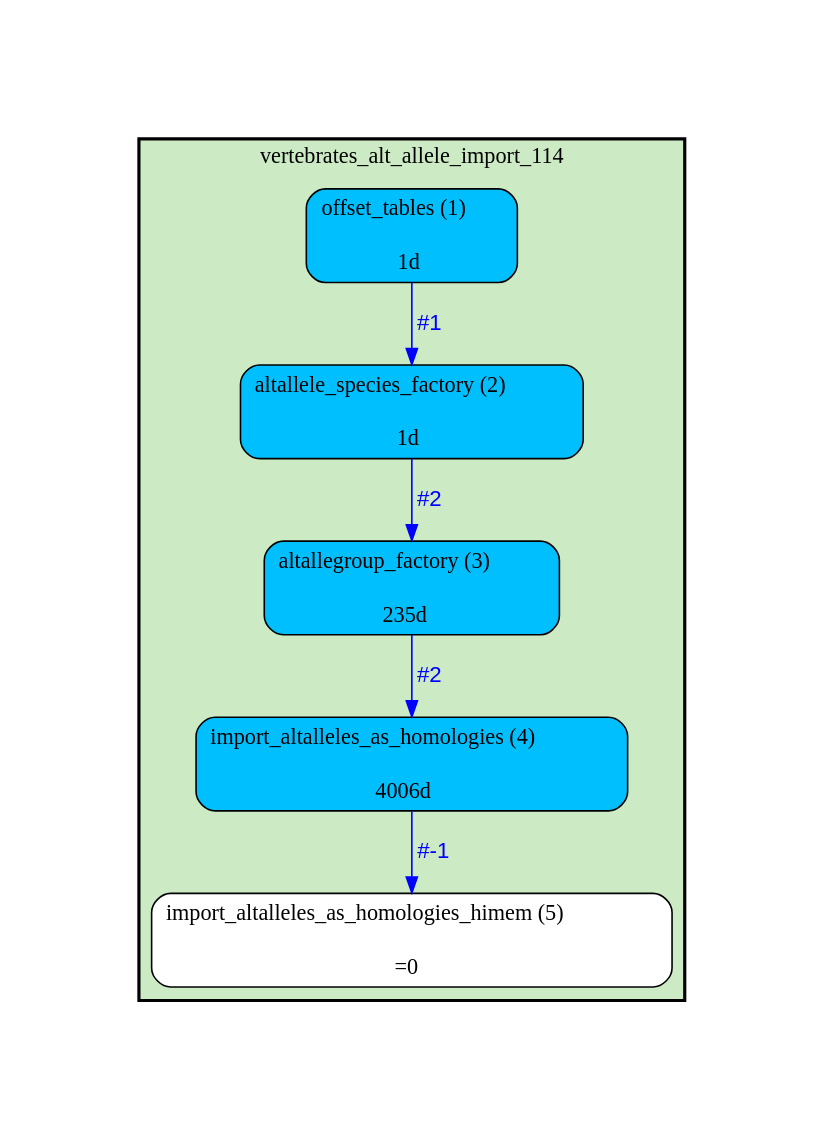
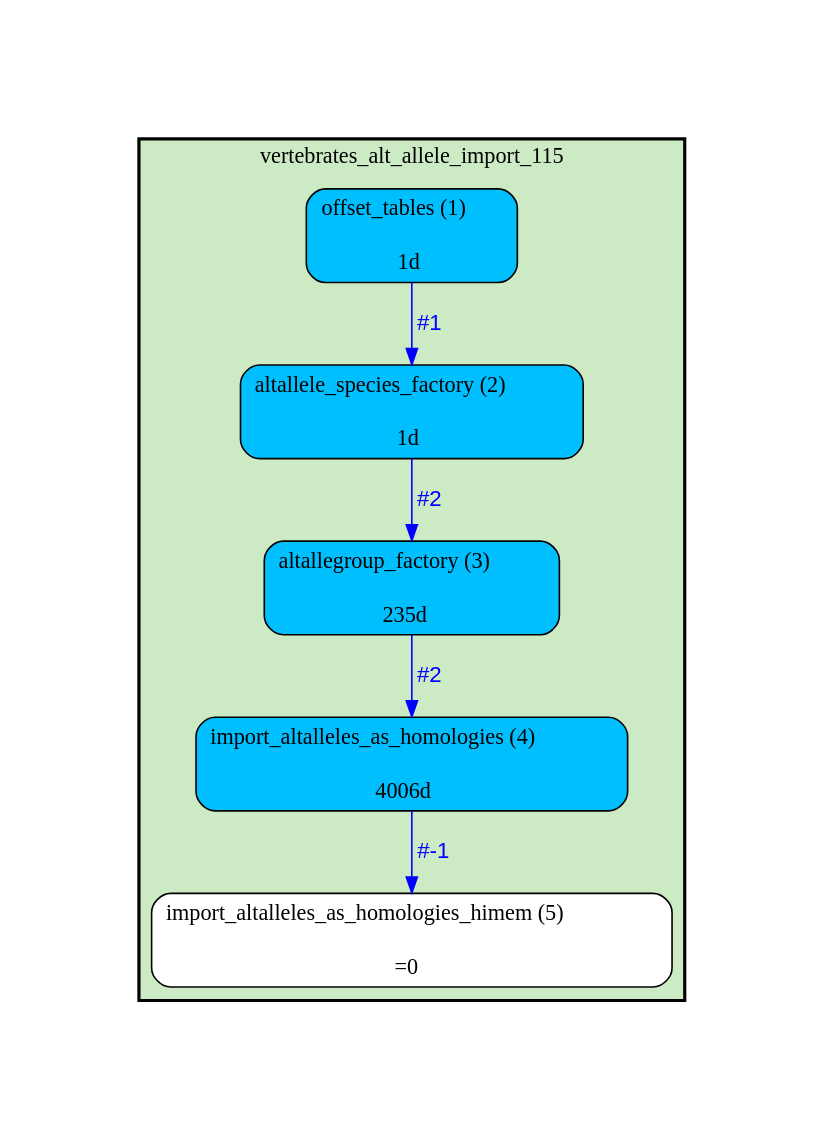
Before and after one commit to Ensembl/ensembl-compara: the diagram in docs/production/diagrams/HomologyProjections.gv, drawn with Graphviz. The commit also changed 5 other files, not shown here.

```diff
--- a/docs/production/diagrams/HomologyProjections.gv
+++ b/docs/production/diagrams/HomologyProjections.gv
@@ -1,25 +1,25 @@
 digraph test {
 	ratio="compress"; concentrate = "true"; name = "AnalysisWorkflow"; pad = "1.0";
 	analysis_altallegroup_factory [fillcolor="DeepSkyBlue", fontname="Times-Roman", label=<<table border="0" cellborder="0" cellspacing="0" cellpadding="1"><tr><td colspan="1">altallegroup_factory (3)</td></tr><tr><td colspan="1"> </td></tr><tr><td bgcolor="DeepSkyBlue" width="100%">235d</td></tr></table>>, shape="Mrecord", style="filled"];
 	analysis_altallele_species_factory [fillcolor="DeepSkyBlue", fontname="Times-Roman", label=<<table border="0" cellborder="0" cellspacing="0" cellpadding="1"><tr><td colspan="1">altallele_species_factory (2)</td></tr><tr><td colspan="1"> </td></tr><tr><td bgcolor="DeepSkyBlue" width="100%">1d</td></tr></table>>, shape="Mrecord", style="filled"];
 	analysis_import_altalleles_as_homologies [fillcolor="DeepSkyBlue", fontname="Times-Roman", label=<<table border="0" cellborder="0" cellspacing="0" cellpadding="1"><tr><td colspan="1">import_altalleles_as_homologies (4)</td></tr><tr><td colspan="1"> </td></tr><tr><td bgcolor="DeepSkyBlue" width="100%">4006d</td></tr></table>>, shape="Mrecord", style="filled"];
 	analysis_import_altalleles_as_homologies_himem [fillcolor="white", fontname="Times-Roman", label=<<table border="0" cellborder="0" cellspacing="0" cellpadding="1"><tr><td colspan="1">import_altalleles_as_homologies_himem (5)</td></tr><tr><td colspan="1"> </td></tr><tr><td>=0</td></tr></table>>, shape="Mrecord", style="filled"];
 	analysis_offset_tables [fillcolor="DeepSkyBlue", fontname="Times-Roman", label=<<table border="0" cellborder="0" cellspacing="0" cellpadding="1"><tr><td colspan="1">offset_tables (1)</td></tr><tr><td colspan="1"> </td></tr><tr><td bgcolor="DeepSkyBlue" width="100%">1d</td></tr></table>>, shape="Mrecord", style="filled"];
 	analysis_altallegroup_factory -> analysis_import_altalleles_as_homologies [color="blue", fontcolor="blue", fontname="Helvetica", label="#2\n"];
 	analysis_altallele_species_factory -> analysis_altallegroup_factory [color="blue", fontcolor="blue", fontname="Helvetica", label="#2\n"];
 	analysis_import_altalleles_as_homologies -> analysis_import_altalleles_as_homologies_himem [color="blue", fontcolor="blue", fontname="Helvetica", label="#-1\n"];
 	analysis_offset_tables -> analysis_altallele_species_factory [color="blue", fontcolor="blue", fontname="Helvetica", label="#1\n"];
 
-subgraph "cluster_vertebrates_alt_allele_import_114" {
-	label="vertebrates_alt_allele_import_114";
+subgraph "cluster_vertebrates_alt_allele_import_115" {
+	label="vertebrates_alt_allele_import_115";
 	style="bold,filled";
 	colorscheme="pastel19";
 	fillcolor="3";
 	color="";
 	analysis_altallegroup_factory;
 	analysis_altallele_species_factory;
 	analysis_import_altalleles_as_homologies;
 	analysis_import_altalleles_as_homologies_himem;
 	analysis_offset_tables;
 }
 }
```
